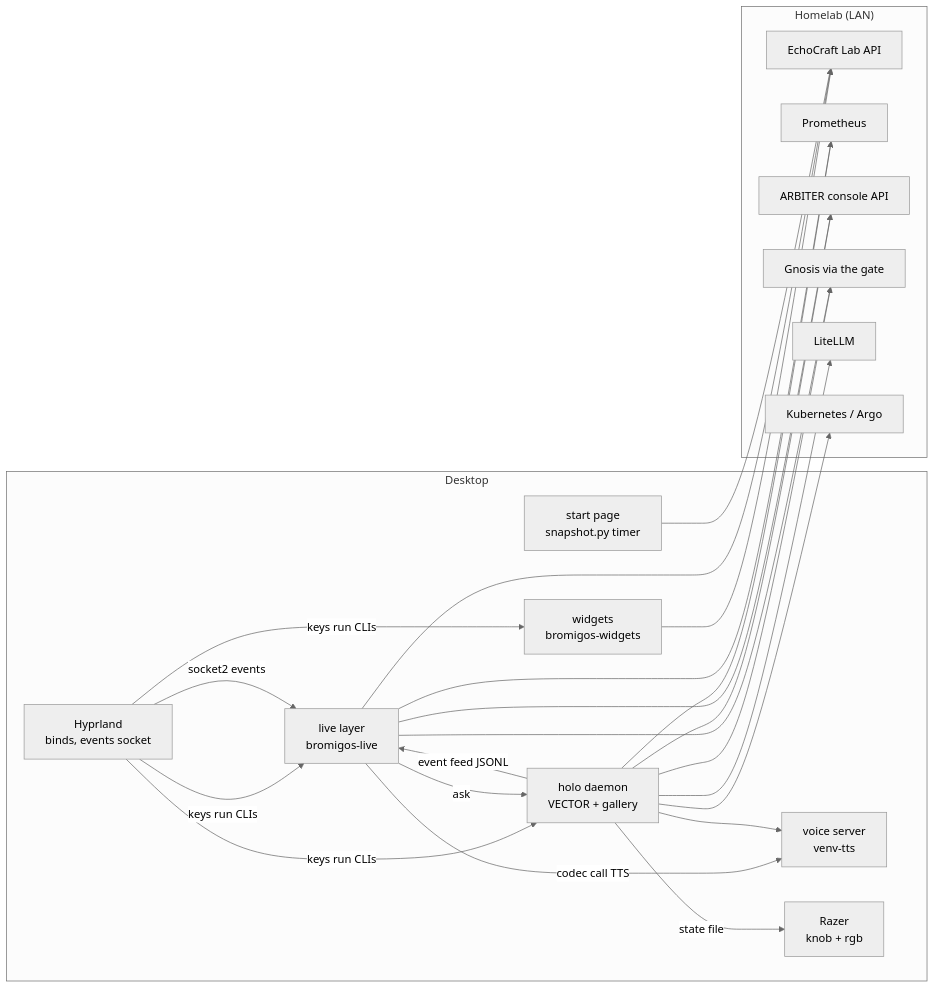
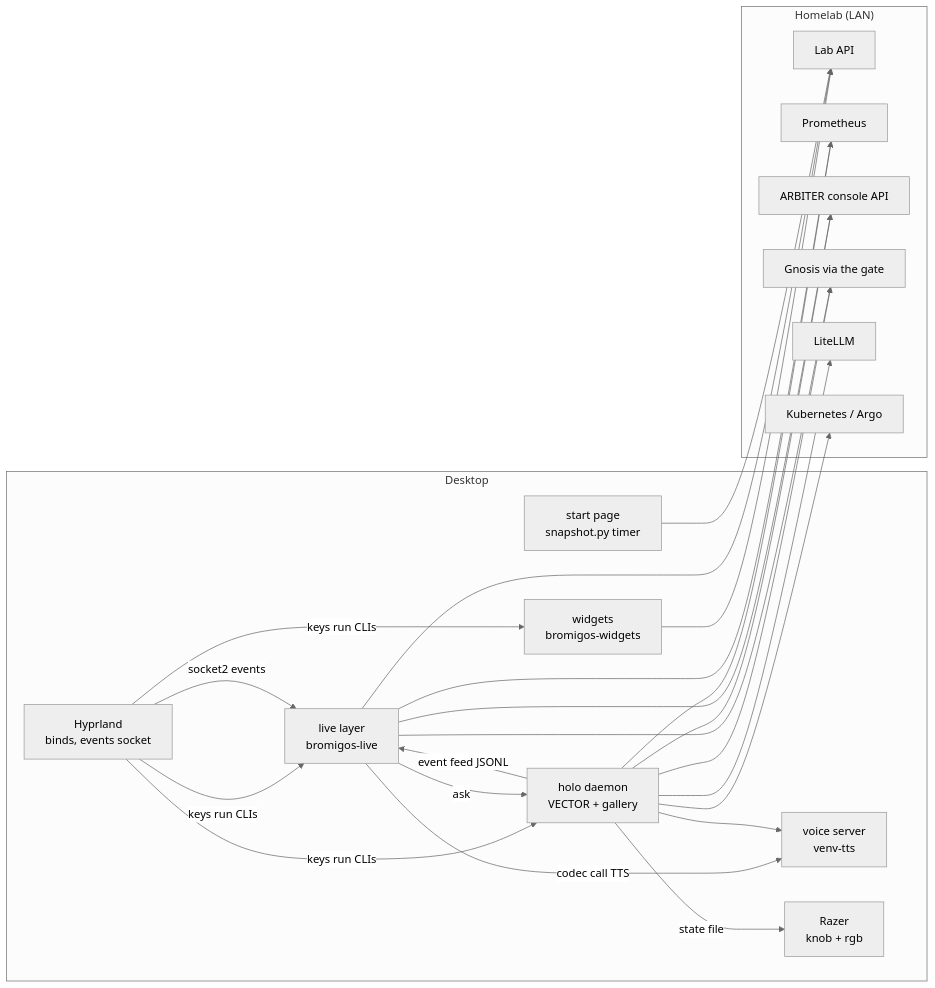
The diagram in linux/.config/bromigos/README.md (blackflame007/.dotfiles), drawn with Mermaid (neutral theme) before and after one commit. The commit also changed 14 other files, not shown here.

````diff
--- a/linux/.config/bromigos/README.md
+++ b/linux/.config/bromigos/README.md
@@ -61,30 +61,30 @@
 ```mermaid
 flowchart LR
   subgraph Desktop
     H[Hyprland<br/>binds, events socket]
     W[widgets<br/>bromigos-widgets]
     L[live layer<br/>bromigos-live]
     V[holo daemon<br/>VECTOR + gallery]
     VS[voice server<br/>venv-tts]
     R[Razer<br/>knob + rgb]
     SP[start page<br/>snapshot.py timer]
   end
   subgraph Homelab["Homelab (LAN)"]
-    LAB[EchoCraft Lab API]
+    LAB[Lab API]
     PROM[Prometheus]
     ARB[ARBITER console API]
     GG[Gnosis via the gate]
     LLM[LiteLLM]
     K8S[Kubernetes / Argo]
   end
   H -- keys run CLIs --> W & L & V
   H -- socket2 events --> L
   V -- event feed JSONL --> L
   V -- state file --> R
   L -- codec call TTS --> VS
   V --> VS
   V --> LLM & GG & K8S & ARB & PROM
   W & L & SP --> LAB
   L --> PROM & ARB & GG
   L -- ask --> V
 ```
````
